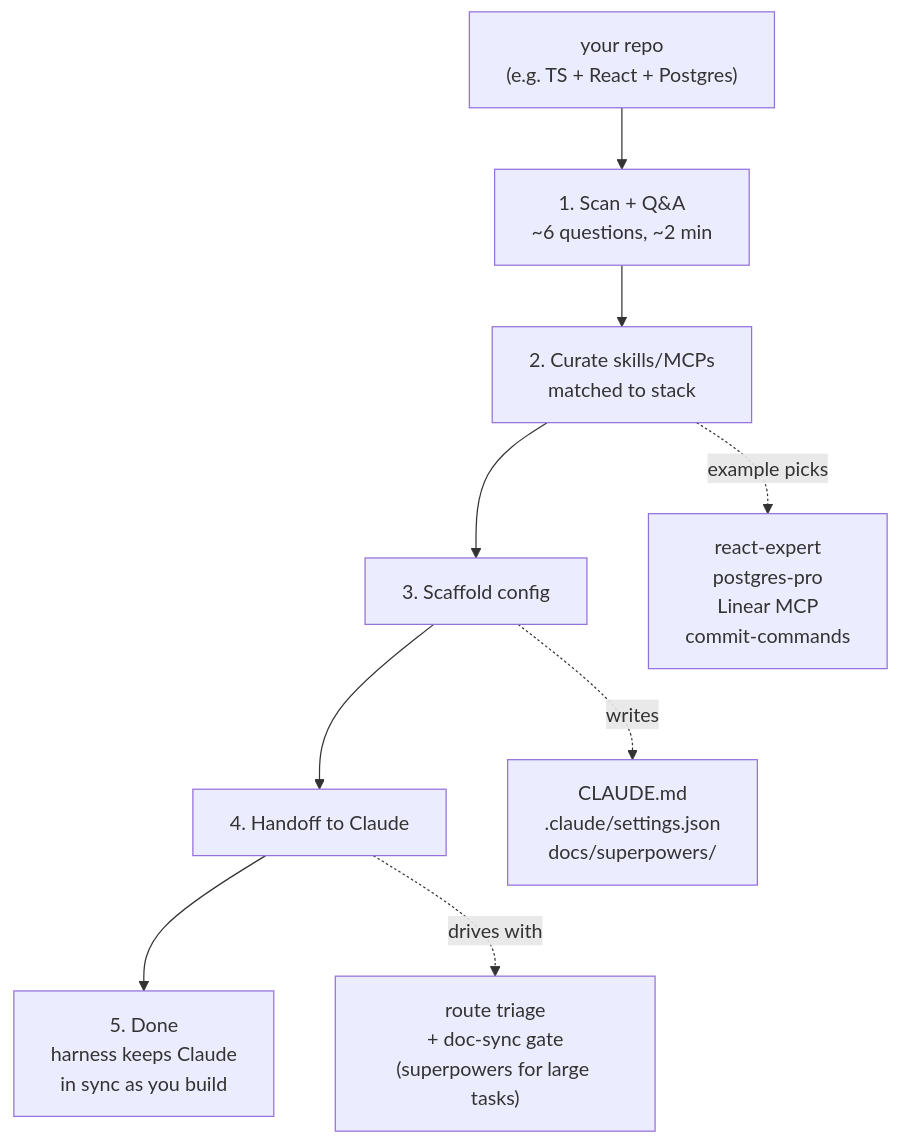
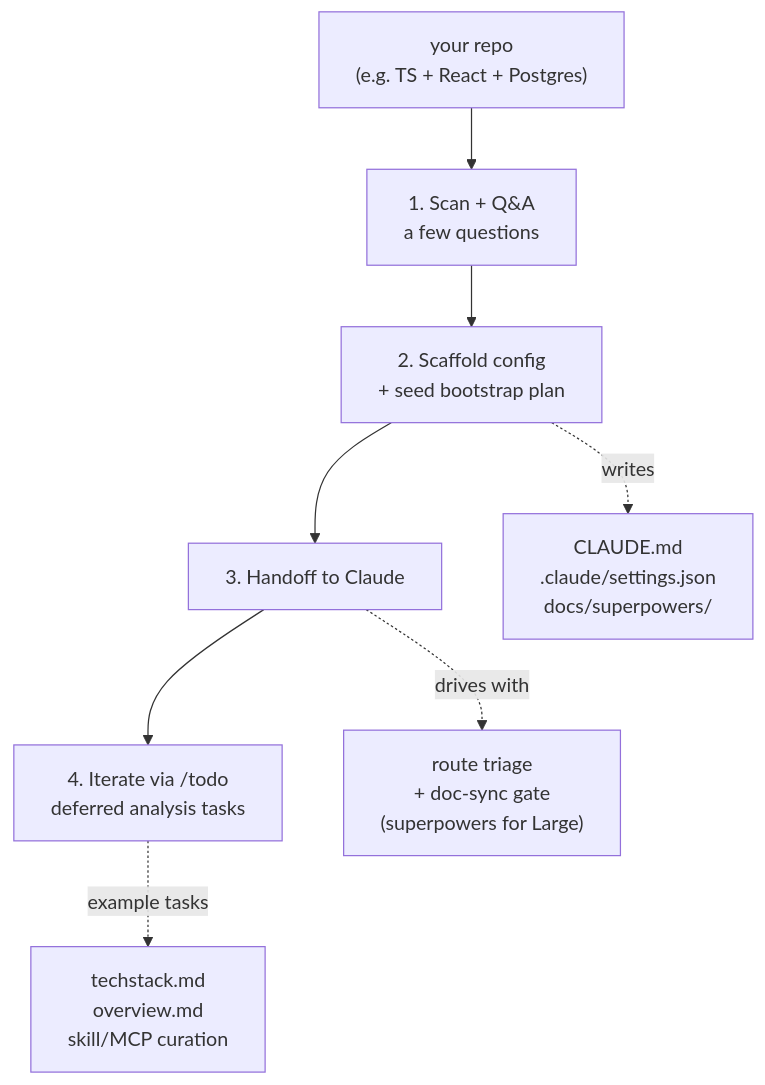
The diagram in README.md (RockyHong/super-bootstrap), drawn with Mermaid before and after one commit. The commit also changed other lines of this file and 1 other file, not shown here.

Commit message:
refactor(super-bootstrap): drop dead branches, fix README phase drift
Systematic close-loop scan surfaced unbacked rows, duplicated task lists,
and a phase mismatch between README and SKILL. Resolutions:

- README phases 5 -> 4: standalone "Curate" folded into "Iterate" (curate
  is deferred Task 4 in bootstrap-plan, not a /super-bootstrap phase).
  Drop "Auto-commits each phase" -- only the scaffold commit fires.
  Mermaid updated to match.
- SKILL Phase 3d sync report: drop "Served skills" and "Temporal artifacts"
  rows. Phase 3 has no procedure that produces those statuses; doc-sync
  gate at /commit time owns temporal cleanup.
- SKILL Phase 4 fresh handoff: replace inline 1-6 task list (drift bait
  duplicating bootstrap-plan.md) and "start Task 1 now?" dogfood prompt
  with a single pointer to bootstrap.md plus /clear + /todo for next
  session.
- SKILL Phase 4 sync handoff: drop dead skill/MCP staleness branch and
  temporal-flag branch -- neither has a procedure or timestamp source.
- SKILL: drop "If user wants to continue, proceed..." tail; sessions stay
  isolated, /todo is invoked deliberately.

````diff
--- a/README.md
+++ b/README.md
@@ -32,13 +31,12 @@
 ```mermaid
 flowchart TD
     repo["your repo<br/>(e.g. TS + React + Postgres)"]
-    repo --> scan["1. Scan + Q&A<br/>~6 questions, ~2 min"]
-    scan --> curate["2. Curate skills/MCPs<br/>matched to stack"]
-    curate --> scaffold["3. Scaffold config"]
-    scaffold --> handoff["4. Handoff to Claude"]
-    handoff --> done["5. Done<br/>harness keeps Claude<br/>in sync as you build"]
+    repo --> scan["1. Scan + Q&A<br/>a few questions"]
+    scan --> scaffold["2. Scaffold config<br/>+ seed bootstrap plan"]
+    scaffold --> handoff["3. Handoff to Claude"]
+    handoff --> iterate["4. Iterate via /todo<br/>deferred analysis tasks"]
 
-    curate -.->|example picks| picks["react-expert<br/>postgres-pro<br/>Linear MCP<br/>commit-commands"]
     scaffold -.->|writes| files["CLAUDE.md<br/>.claude/settings.json<br/>docs/superpowers/"]
-    handoff -.->|drives with| engine["route triage<br/>+ doc-sync gate<br/>(superpowers for large tasks)"]
+    handoff -.->|drives with| engine["route triage<br/>+ doc-sync gate<br/>(superpowers for Large)"]
+    iterate -.->|example tasks| tasks["techstack.md<br/>overview.md<br/>skill/MCP curation"]
 ```
````
